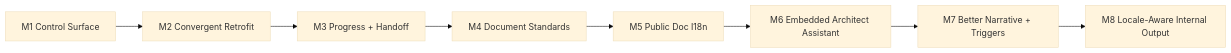
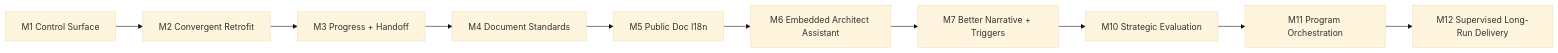
One commit to redcreen/project-assistant changed the diagram in docs/roadmap.md. Above: the diagram before and after it, drawn with Mermaid (base theme). The commit also changed other lines of this file and 17 other files, not shown here.

Commit message:
docs: activate M10 strategic evaluation layer

````diff
--- a/docs/roadmap.md
+++ b/docs/roadmap.md
@@ -46,10 +46,12 @@
 ```mermaid
 flowchart LR
     M1["M1 Control Surface"] --> M2["M2 Convergent Retrofit"]
     M2 --> M3["M3 Progress + Handoff"]
     M3 --> M4["M4 Document Standards"]
     M4 --> M5["M5 Public Doc I18n"]
     M5 --> M6["M6 Embedded Architect Assistant"]
     M6 --> M7["M7 Better Narrative + Triggers"]
-    M7 --> M8["M8 Locale-Aware Internal Output"]
+    M7 --> M10["M10 Strategic Evaluation"]
+    M10 --> M11["M11 Program Orchestration"]
+    M11 --> M12["M12 Supervised Long-Run Delivery"]
 ```
````
